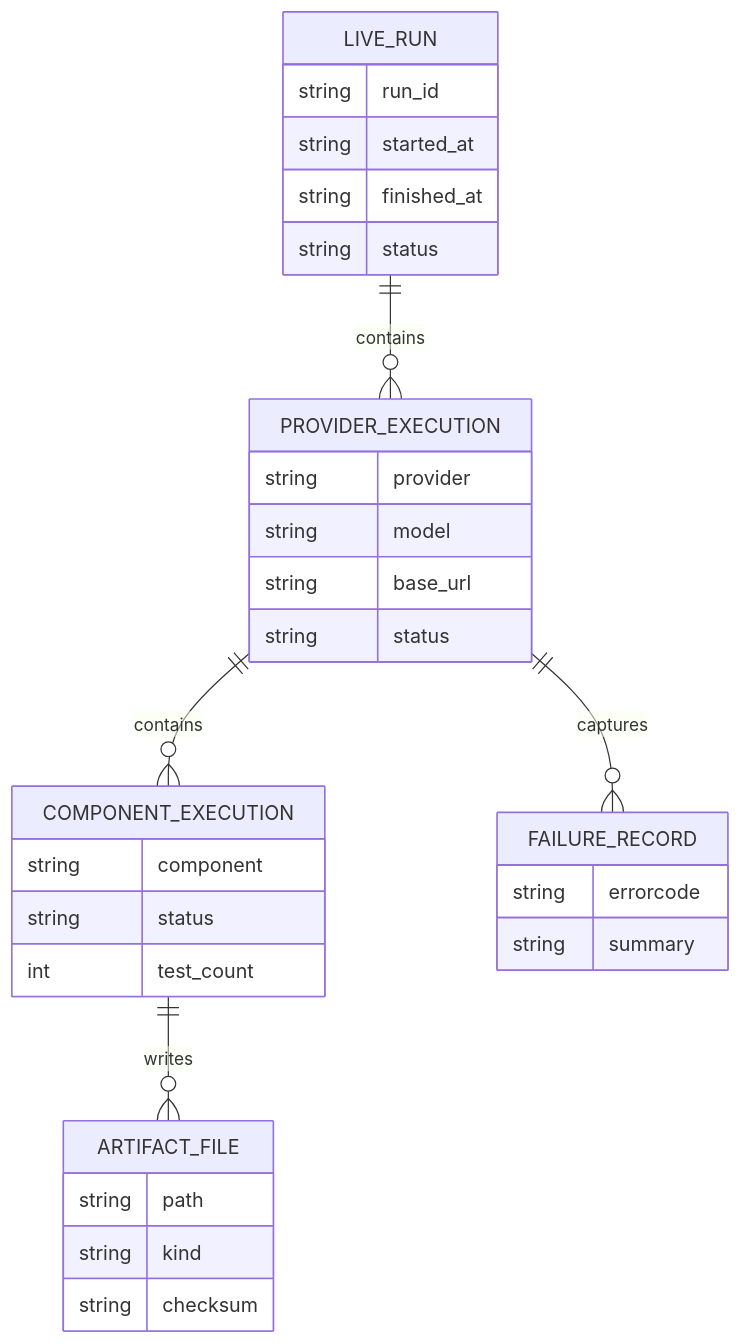
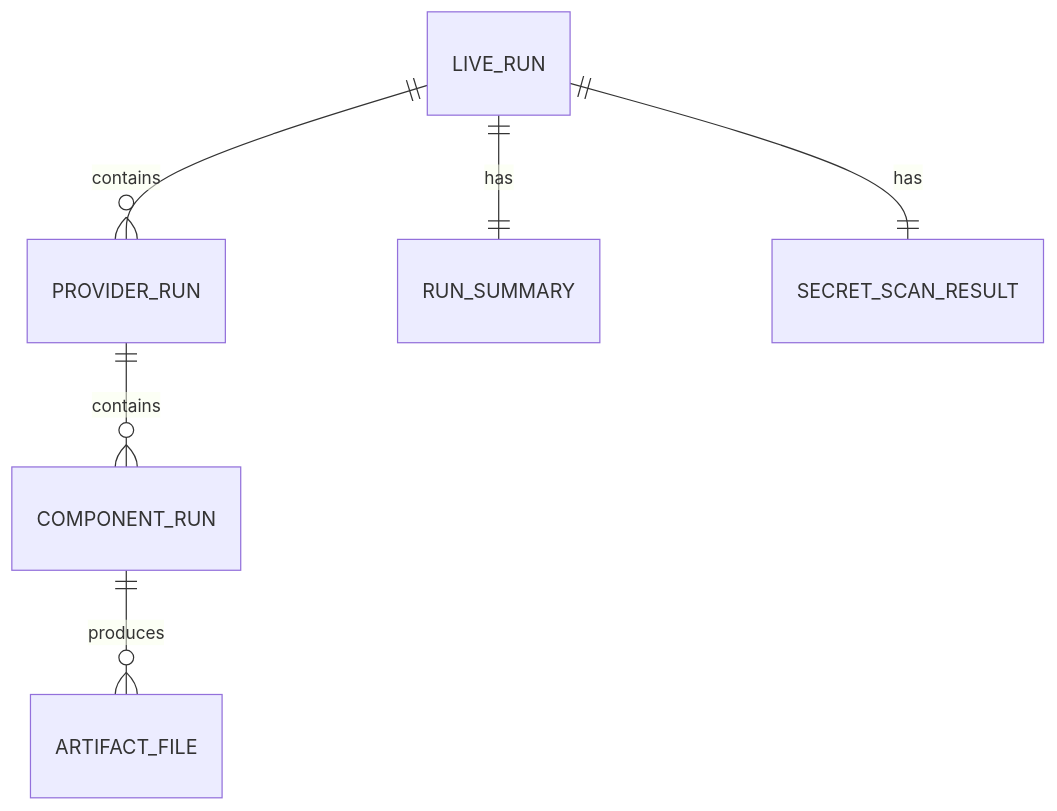
The second of 5 diagrams in docs/sprints/SPRINT-004-comprehensive-implementation-plan.md (jaytaylor/attractor-tcl), drawn with Mermaid before and after one commit. The commit also changed other lines of this file, not shown here.

````diff
--- a/docs/sprints/SPRINT-004-comprehensive-implementation-plan.md
+++ b/docs/sprints/SPRINT-004-comprehensive-implementation-plan.md
@@ -881,38 +1657,8 @@
 ```mermaid
 erDiagram
-  LIVE_RUN ||--o{ PROVIDER_EXECUTION : contains
-  PROVIDER_EXECUTION ||--o{ COMPONENT_EXECUTION : contains
-  COMPONENT_EXECUTION ||--o{ ARTIFACT_FILE : writes
-  PROVIDER_EXECUTION ||--o{ FAILURE_RECORD : captures
-
-  LIVE_RUN {
-    string run_id
-    string started_at
-    string finished_at
-    string status
-  }
-
-  PROVIDER_EXECUTION {
-    string provider
-    string model
-    string base_url
-    string status
-  }
-
-  COMPONENT_EXECUTION {
-    string component
-    string status
-    int test_count
-  }
-
-  ARTIFACT_FILE {
-    string path
-    string kind
-    string checksum
-  }
-
-  FAILURE_RECORD {
-    string errorcode
-    string summary
-  }
+  LIVE_RUN ||--o{ PROVIDER_RUN : contains
+  PROVIDER_RUN ||--o{ COMPONENT_RUN : contains
+  COMPONENT_RUN ||--o{ ARTIFACT_FILE : produces
+  LIVE_RUN ||--|| RUN_SUMMARY : has
+  LIVE_RUN ||--|| SECRET_SCAN_RESULT : has
 ```
````
